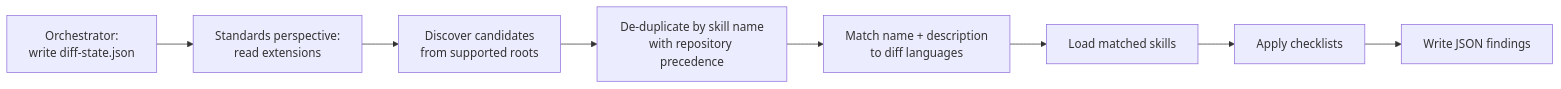
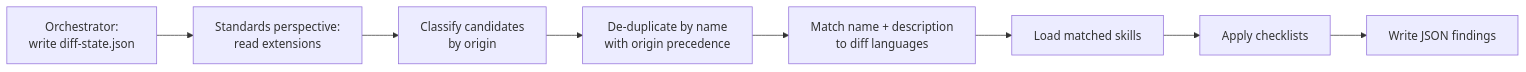
One commit to microsoft/hve-core changed the first of 2 diagrams in docs/agents/code-review/language-skills.md. Above: the diagram before and after it, drawn with Mermaid. The commit also changed other lines of this file and 2 other files, not shown here.

Commit message:
Removed the path-based discovery model, replaced with named origin references fixed spellcheck

````diff
--- a/docs/agents/code-review/language-skills.md
+++ b/docs/agents/code-review/language-skills.md
@@ -30,10 +30,10 @@
 ```mermaid
 flowchart LR
   A["Orchestrator:<br/>write diff-state.json"] --> B["Standards perspective:<br/>read extensions"]
-  B --> C["Discover candidates<br/>from supported roots"]
-  C --> G["De-duplicate by skill name<br/>with repository precedence"]
+  B --> C["Classify candidates<br/>by origin"]
+  C --> G["De-duplicate by name<br/>with origin precedence"]
   G --> H["Match name + description<br/>to diff languages"]
   H --> D["Load matched skills"]
   D --> E["Apply checklists"]
   E --> F["Write JSON findings"]
 ```
````
